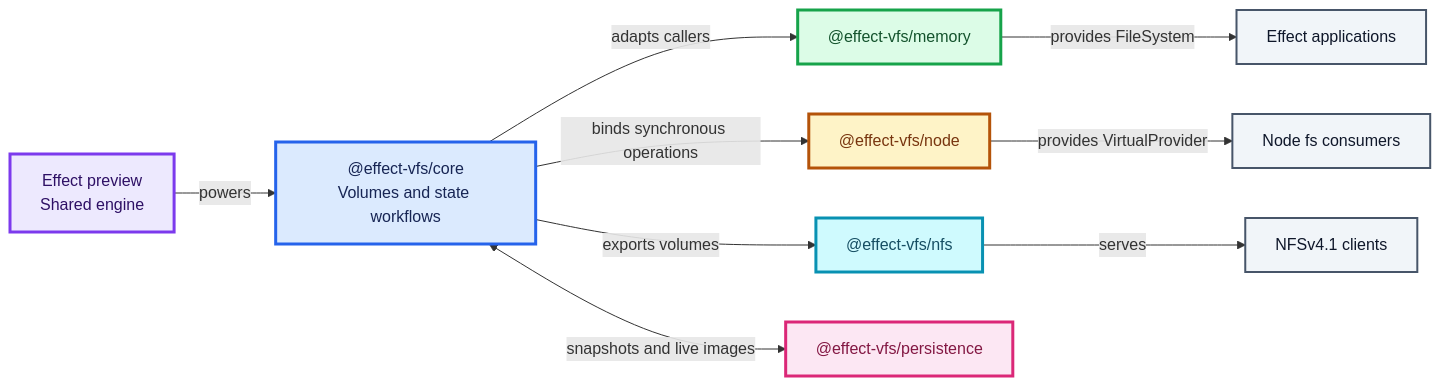
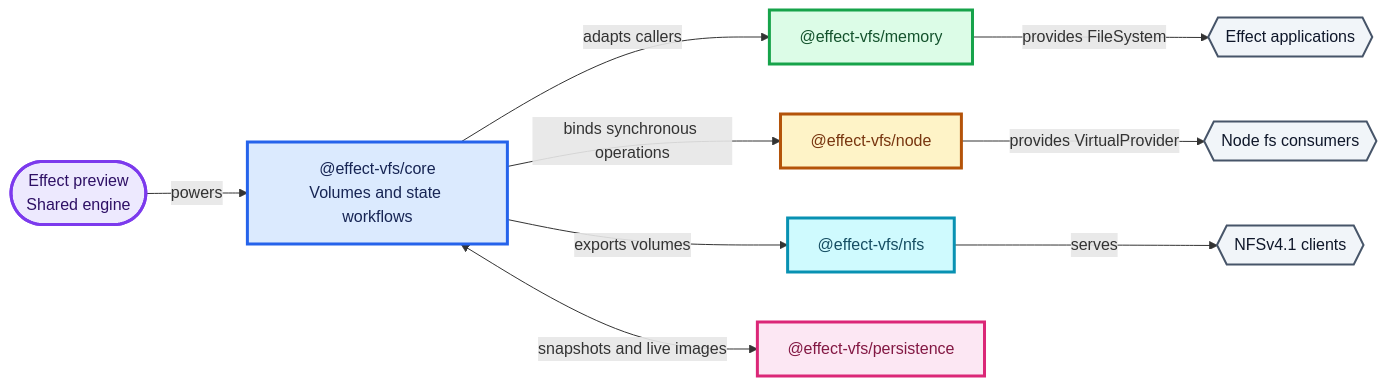
Before and after one commit to lloydrichards/effect-virtual-fs: the first of 2 diagrams in .okf/architecture/package-feature-map.md, drawn with Mermaid. The commit also changed other lines of this file and 2 other files, not shown here.

Commit message:
docs: align package overview node shapes

````diff
--- a/.okf/architecture/package-feature-map.md
+++ b/.okf/architecture/package-feature-map.md
@@ -38,25 +38,25 @@
 ```mermaid
 flowchart LR
-  Preview["Effect preview<br/>Shared engine"] -->|powers| Core["@effect-vfs/core<br/>Volumes and state workflows"]
+  Preview(["Effect preview<br/>Shared engine"]) -->|powers| Core["@effect-vfs/core<br/>Volumes and state workflows"]
   Core -->|adapts callers| Memory["@effect-vfs/memory"]
   Core -->|binds synchronous operations| Node["@effect-vfs/node"]
   Core -->|exports volumes| NFS["@effect-vfs/nfs"]
   Core <-->|snapshots and live images| Persistence["@effect-vfs/persistence"]
-  Memory -->|provides FileSystem| EffectApps["Effect applications"]
-  Node -->|provides VirtualProvider| NodeApps["Node fs consumers"]
-  NFS -->|serves| Clients["NFSv4.1 clients"]
+  Memory -->|provides FileSystem| EffectApps{{"Effect applications"}}
+  Node -->|provides VirtualProvider| NodeApps{{"Node fs consumers"}}
+  NFS -->|serves| Clients{{"NFSv4.1 clients"}}
   classDef preview fill:#ede9fe,stroke:#7c3aed,color:#2e1065,stroke-width:3px
   classDef core fill:#dbeafe,stroke:#2563eb,color:#172554,stroke-width:3px
   classDef memory fill:#dcfce7,stroke:#16a34a,color:#14532d,stroke-width:3px
   classDef node fill:#fef3c7,stroke:#b45309,color:#78350f,stroke-width:3px
   classDef persistence fill:#fce7f3,stroke:#db2777,color:#831843,stroke-width:3px
   classDef nfs fill:#cffafe,stroke:#0891b2,color:#164e63,stroke-width:3px
   classDef external fill:#f1f5f9,stroke:#475569,color:#0f172a,stroke-width:2px
   class Preview preview
   class Core core
   class Memory memory
   class Node node
   class Persistence persistence
   class NFS nfs
   class EffectApps,NodeApps,Clients external
 ```
````
